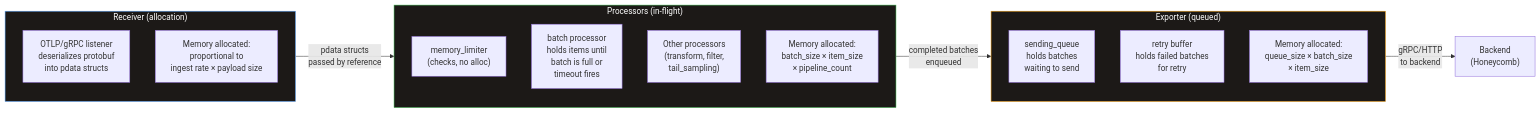
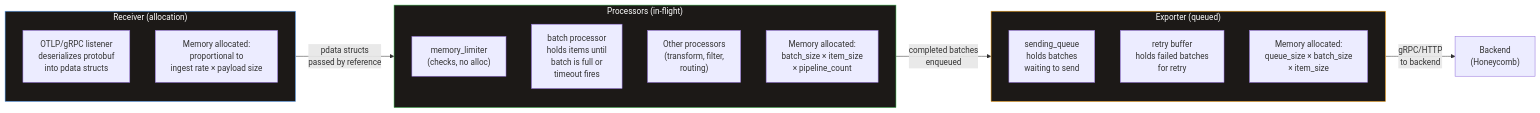
Before and after one commit to andy-dufour/otel-collector-guide: the first of 2 diagrams in 06-tuning-production.md, drawn with Mermaid. The commit also changed other lines of this file and 11 other files, not shown here.

Commit message:
Remove tail sampling recommendations — not production-ready

````diff
--- a/06-tuning-production.md
+++ b/06-tuning-production.md
@@ -15,31 +15,31 @@
 ```mermaid
 graph LR
     subgraph RECEIVER["Receiver (allocation)"]
         direction TB
         R1["OTLP/gRPC listener<br/>deserializes protobuf<br/>into pdata structs"]
         R2["Memory allocated:<br/>proportional to<br/>ingest rate × payload size"]
     end
 
     subgraph PROCESSOR["Processors (in-flight)"]
         direction TB
         P1["memory_limiter<br/>(checks, no alloc)"]
         P2["batch processor<br/>holds items until<br/>batch is full or<br/>timeout fires"]
-        P3["Other processors<br/>(transform, filter,<br/>tail_sampling)"]
+        P3["Other processors<br/>(transform, filter,<br/>routing)"]
         P4["Memory allocated:<br/>batch_size × item_size<br/>× pipeline_count"]
     end
 
     subgraph EXPORTER["Exporter (queued)"]
         direction TB
         E1["sending_queue<br/>holds batches<br/>waiting to send"]
         E2["retry buffer<br/>holds failed batches<br/>for retry"]
         E3["Memory allocated:<br/>queue_size × batch_size<br/>× item_size"]
     end
 
     RECEIVER -->|"pdata structs<br/>passed by reference"| PROCESSOR
     PROCESSOR -->|"completed batches<br/>enqueued"| EXPORTER
     EXPORTER -->|"gRPC/HTTP<br/>to backend"| BACKEND["Backend<br/>(Honeycomb)"]
 
     style RECEIVER fill:#1c1917,stroke:#58a6ff,color:#fff
     style PROCESSOR fill:#1c1917,stroke:#3fb950,color:#fff
     style EXPORTER fill:#1c1917,stroke:#f59e0b,color:#fff
 ```
````
